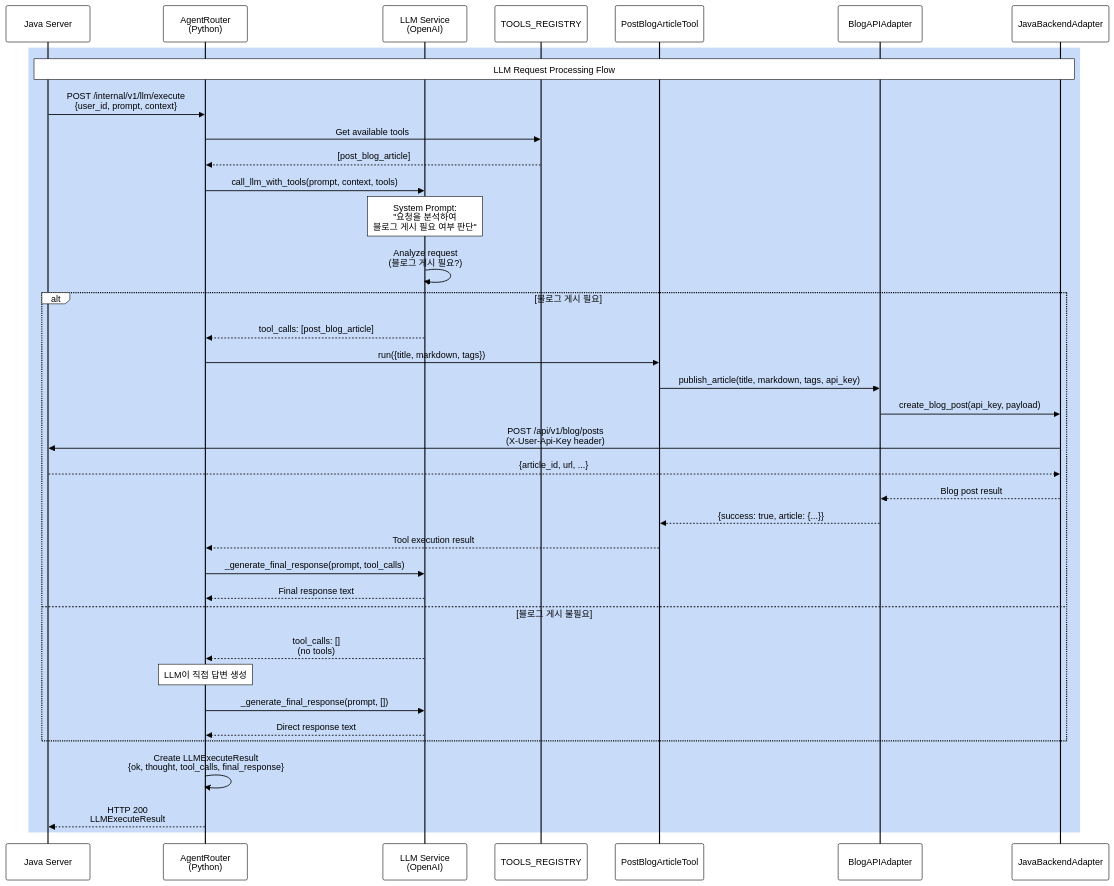
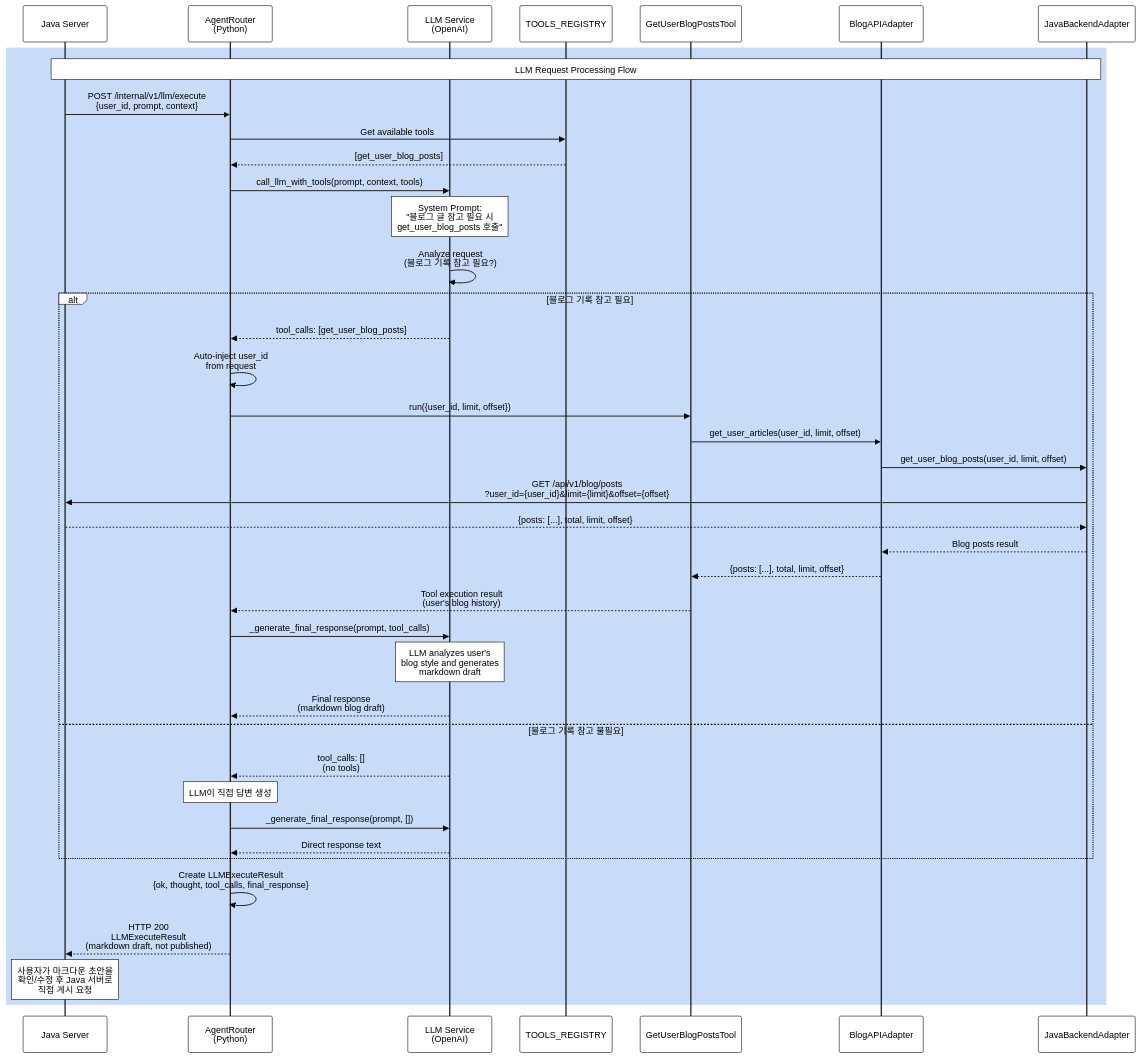
One commit to KONKUK-CLOG/ai-repo changed the second of 4 diagrams in DIAGRAMS.md. Above: the diagram before and after it, drawn with Mermaid. The commit also changed other lines of this file and 9 other files, not shown here.

First line of the commit message:
refactor: Replace blog publishing with blog history retrieval

````diff
--- a/DIAGRAMS.md
+++ b/DIAGRAMS.md
@@ -129,45 +140,48 @@
 ```mermaid
 %%{init: {'theme':'base', 'themeVariables': { 'primaryColor':'#fff', 'primaryTextColor':'#000', 'primaryBorderColor':'#000', 'lineColor':'#000', 'secondaryColor':'#f0f0f0', 'tertiaryColor':'#fff', 'noteTextColor':'#000', 'noteBkgColor':'#fff', 'noteBorderColor':'#000', 'actorTextColor':'#000', 'actorLineColor':'#000', 'signalColor':'#000', 'signalTextColor':'#000', 'labelBoxBkgColor':'#fff', 'labelBoxBorderColor':'#000', 'labelTextColor':'#000', 'loopTextColor':'#000', 'activationBorderColor':'#000', 'activationBkgColor':'#f0f0f0', 'sequenceNumberColor':'#000'}}}%%
 sequenceDiagram
     participant JavaServer as Java Server
     participant AgentRouter as AgentRouter<br/>(Python)
     participant LLMService as LLM Service<br/>(OpenAI)
     participant ToolRegistry as TOOLS_REGISTRY
-    participant BlogTool as PostBlogArticleTool
+    participant BlogTool as GetUserBlogPostsTool
     participant BlogAPI as BlogAPIAdapter
     participant JavaBackend as JavaBackendAdapter
 
     %% Request Flow
     rect rgb(200, 220, 250)
         Note over JavaServer,JavaBackend: LLM Request Processing Flow
         JavaServer->>AgentRouter: POST /internal/v1/llm/execute<br/>{user_id, prompt, context}
         AgentRouter->>ToolRegistry: Get available tools
-        ToolRegistry-->>AgentRouter: [post_blog_article]
+        ToolRegistry-->>AgentRouter: [get_user_blog_posts]
         
         AgentRouter->>LLMService: call_llm_with_tools(prompt, context, tools)
-        Note over LLMService: System Prompt:<br/>"요청을 분석하여<br/>블로그 게시 필요 여부 판단"
-        LLMService->>LLMService: Analyze request<br/>(블로그 게시 필요?)
+        Note over LLMService: System Prompt:<br/>"블로그 글 참고 필요 시<br/>get_user_blog_posts 호출"
+        LLMService->>LLMService: Analyze request<br/>(블로그 기록 참고 필요?)
         
-        alt 블로그 게시 필요
-            LLMService-->>AgentRouter: tool_calls: [post_blog_article]
-            AgentRouter->>BlogTool: run({title, markdown, tags})
-            BlogTool->>BlogAPI: publish_article(title, markdown, tags, api_key)
-            BlogAPI->>JavaBackend: create_blog_post(api_key, payload)
-            JavaBackend->>JavaServer: POST /api/v1/blog/posts<br/>(X-User-Api-Key header)
-            JavaServer-->>JavaBackend: {article_id, url, ...}
-            JavaBackend-->>BlogAPI: Blog post result
-            BlogAPI-->>BlogTool: {success: true, article: {...}}
-            BlogTool-->>AgentRouter: Tool execution result
+        alt 블로그 기록 참고 필요
+            LLMService-->>AgentRouter: tool_calls: [get_user_blog_posts]
+            AgentRouter->>AgentRouter: Auto-inject user_id<br/>from request
+            AgentRouter->>BlogTool: run({user_id, limit, offset})
+            BlogTool->>BlogAPI: get_user_articles(user_id, limit, offset)
+            BlogAPI->>JavaBackend: get_user_blog_posts(user_id, limit, offset)
+            JavaBackend->>JavaServer: GET /api/v1/blog/posts<br/>?user_id={user_id}&limit={limit}&offset={offset}
+            JavaServer-->>JavaBackend: {posts: [...], total, limit, offset}
+            JavaBackend-->>BlogAPI: Blog posts result
+            BlogAPI-->>BlogTool: {posts: [...], total, limit, offset}
+            BlogTool-->>AgentRouter: Tool execution result<br/>(user's blog history)
             AgentRouter->>LLMService: _generate_final_response(prompt, tool_calls)
-            LLMService-->>AgentRouter: Final response text
-        else 블로그 게시 불필요
+            Note over LLMService: LLM analyzes user's<br/>blog style and generates<br/>markdown draft
+            LLMService-->>AgentRouter: Final response<br/>(markdown blog draft)
+        else 블로그 기록 참고 불필요
             LLMService-->>AgentRouter: tool_calls: []<br/>(no tools)
             Note over AgentRouter: LLM이 직접 답변 생성
             AgentRouter->>LLMService: _generate_final_response(prompt, [])
             LLMService-->>AgentRouter: Direct response text
         end
         
         AgentRouter->>AgentRouter: Create LLMExecuteResult<br/>{ok, thought, tool_calls, final_response}
-        AgentRouter-->>JavaServer: HTTP 200<br/>LLMExecuteResult
+        AgentRouter-->>JavaServer: HTTP 200<br/>LLMExecuteResult<br/>(markdown draft, not published)
+        Note over JavaServer: 사용자가 마크다운 초안을<br/>확인/수정 후 Java 서버로<br/>직접 게시 요청
     end
 ```
````
